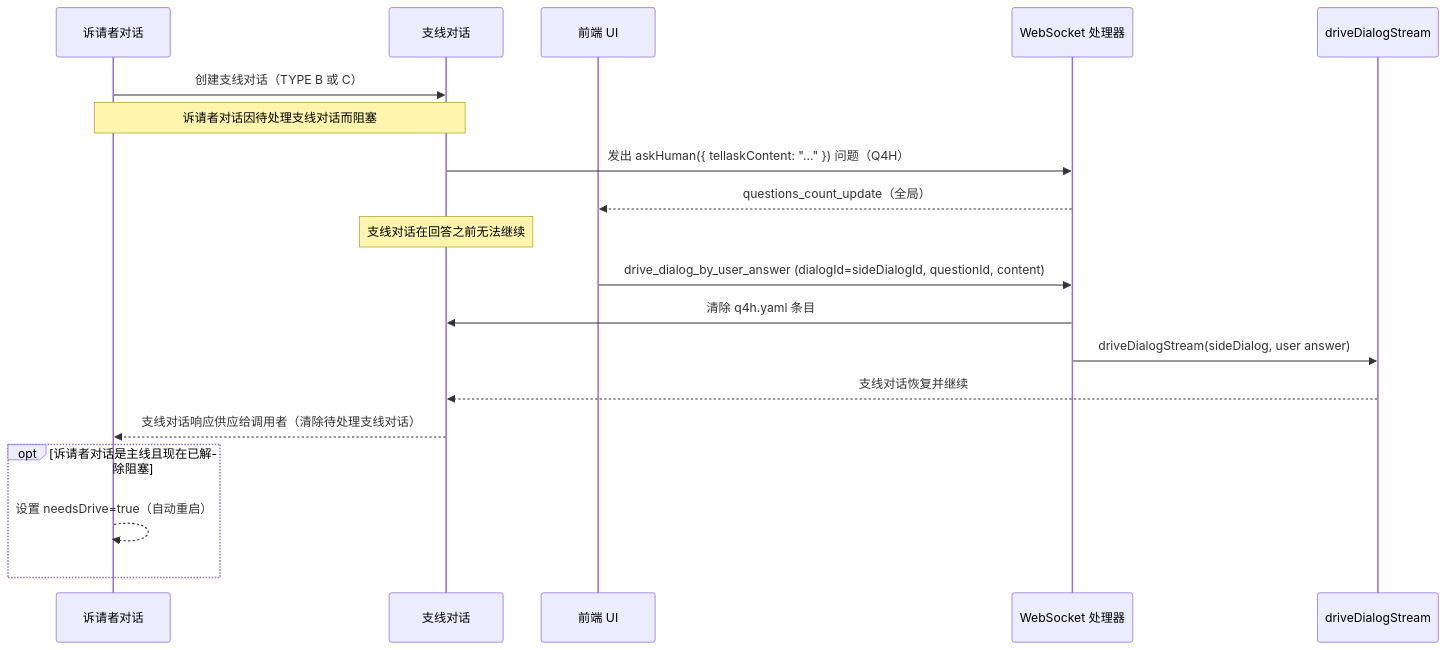
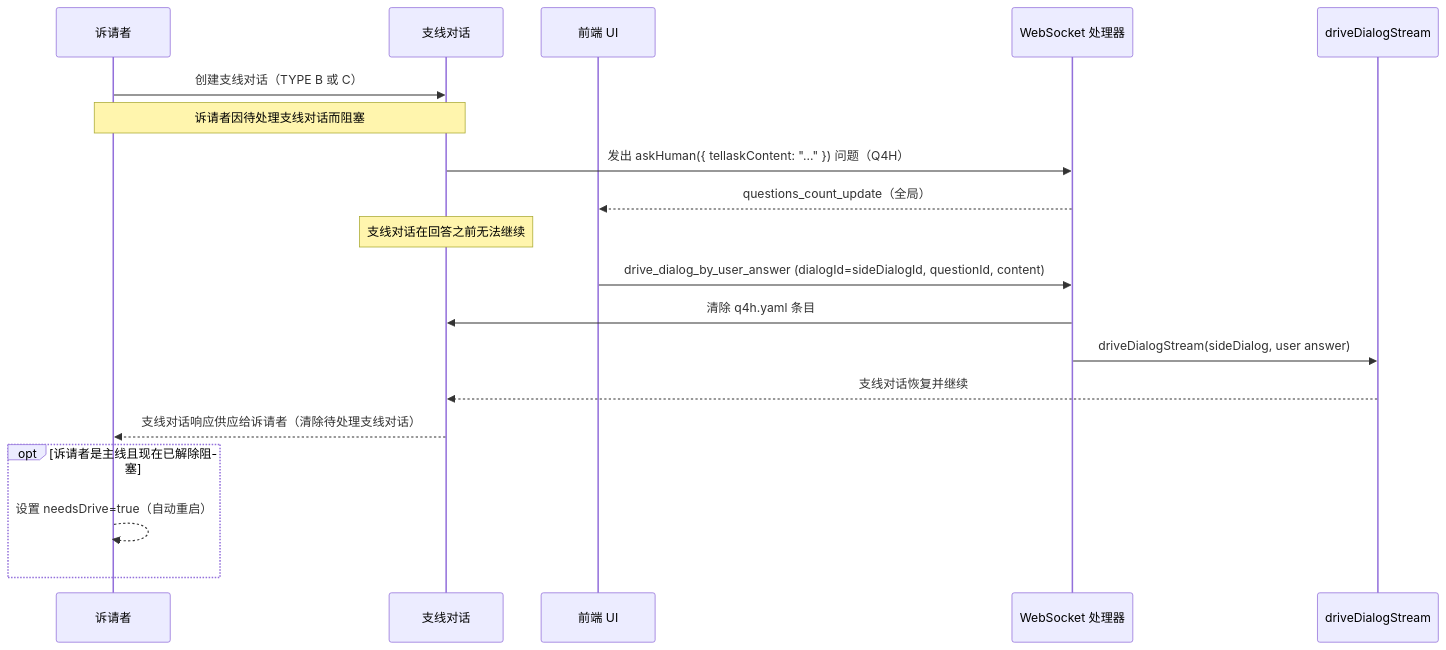
Before and after one commit to longrun-ai/dominds: diagram 15 of 19 in docs/dialog-system.zh.md, drawn with Mermaid. The commit also changed other lines of this file and 105 other files, not shown here.

````diff
--- a/docs/dialog-system.zh.md
+++ b/docs/dialog-system.zh.md
@@ -1317,25 +1315,25 @@
 ```mermaid
 sequenceDiagram
-  participant Asker as 诉请者对话
+  participant Asker as 诉请者
   participant Side as 支线对话
   participant UI as 前端 UI
   participant WS as WebSocket 处理器
   participant Driver as driveDialogStream
 
   Asker->>Side: 创建支线对话（TYPE B 或 C）
-  Note over Asker,Side: 诉请者对话因待处理支线对话而阻塞
+  Note over Asker,Side: 诉请者因待处理支线对话而阻塞
   Side->>WS: 发出 askHuman({ tellaskContent: "..." }) 问题（Q4H）
   WS-->>UI: questions_count_update（全局）
 
   Note over Side: 支线对话在回答之前无法继续
 
   UI->>WS: drive_dialog_by_user_answer (dialogId=sideDialogId, questionId, content)
   WS->>Side: 清除 q4h.yaml 条目
   WS->>Driver: driveDialogStream(sideDialog, user answer)
   Driver-->>Side: 支线对话恢复并继续
-  Side-->>Asker: 支线对话响应供应给调用者（清除待处理支线对话）
+  Side-->>Asker: 支线对话响应供应给诉请者（清除待处理支线对话）
 
-  opt 诉请者对话是主线且现在已解除阻塞
+  opt 诉请者是主线且现在已解除阻塞
     Asker-->>Asker: 设置 needsDrive=true（自动重启）
   end
 ```
````
